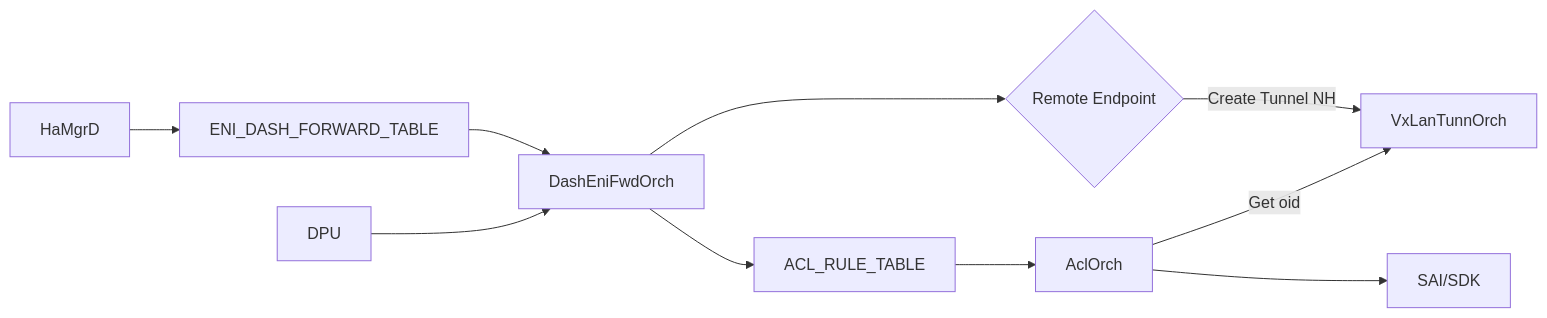
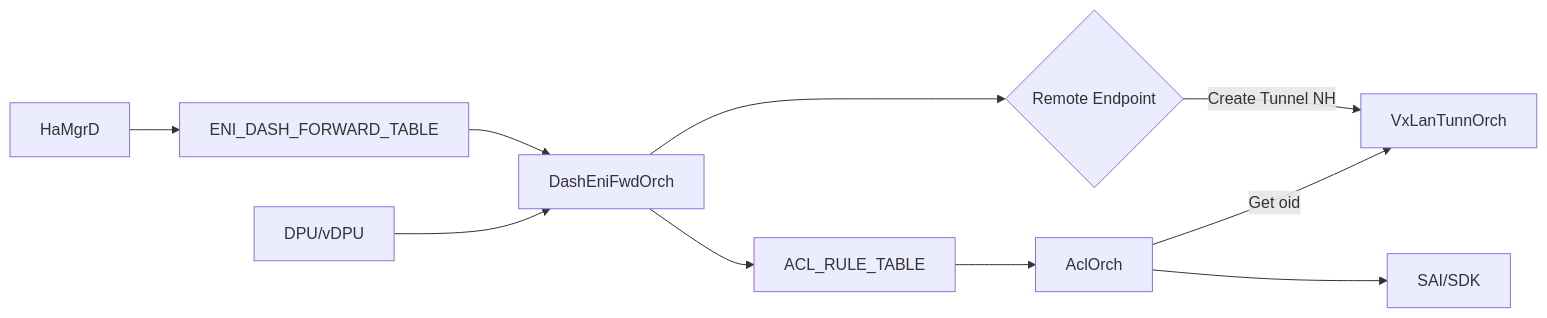
One commit to sonic-net/SONiC changed the first of 2 diagrams in doc/smart-switch/high-availability/eni-based-forwarding.md. Above: the diagram before and after it, drawn with Mermaid. The commit also changed other lines of this file, not shown here.

````diff
--- a/doc/smart-switch/high-availability/eni-based-forwarding.md
+++ b/doc/smart-switch/high-availability/eni-based-forwarding.md
@@ -257,17 +257,17 @@
 ```mermaid
 flowchart LR
     ENI_TABLE[ENI_DASH_FORWARD_TABLE]
 
     HaMgrD --> ENI_TABLE
     ENI_TABLE --> DashEniFwdOrch
-    DPU --> DashEniFwdOrch
+    DPU/vDPU --> DashEniFwdOrch
 
     DashEniFwdOrch --> Ques1{Remote Endpoint}
     Ques1 --> |Create Tunnel NH| VxLanTunnOrch
 
     DashEniFwdOrch --> ACL_RULE_TABLE
 
     AclOrch --> |Get oid| VxLanTunnOrch
     ACL_RULE_TABLE --> AclOrch
     AclOrch --> SAI/SDK
 ```
````
